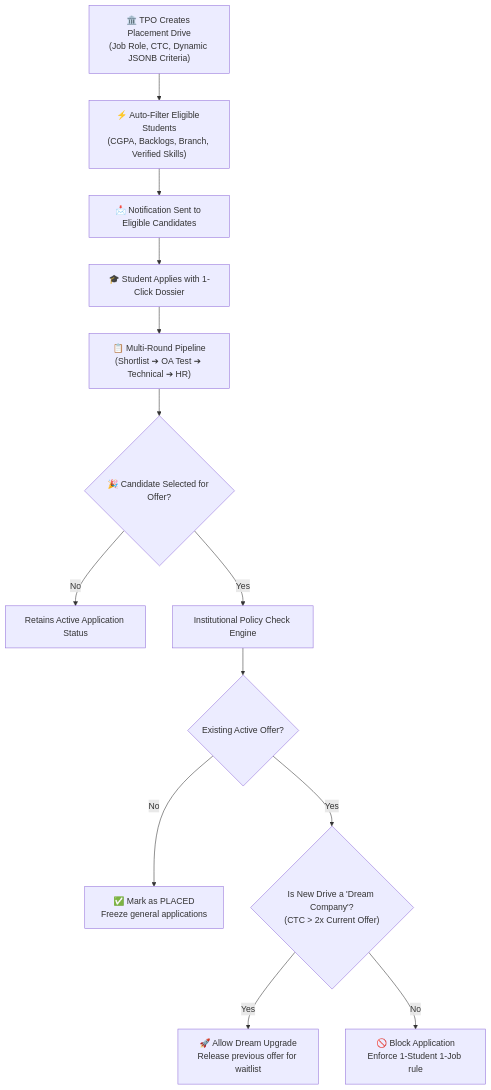
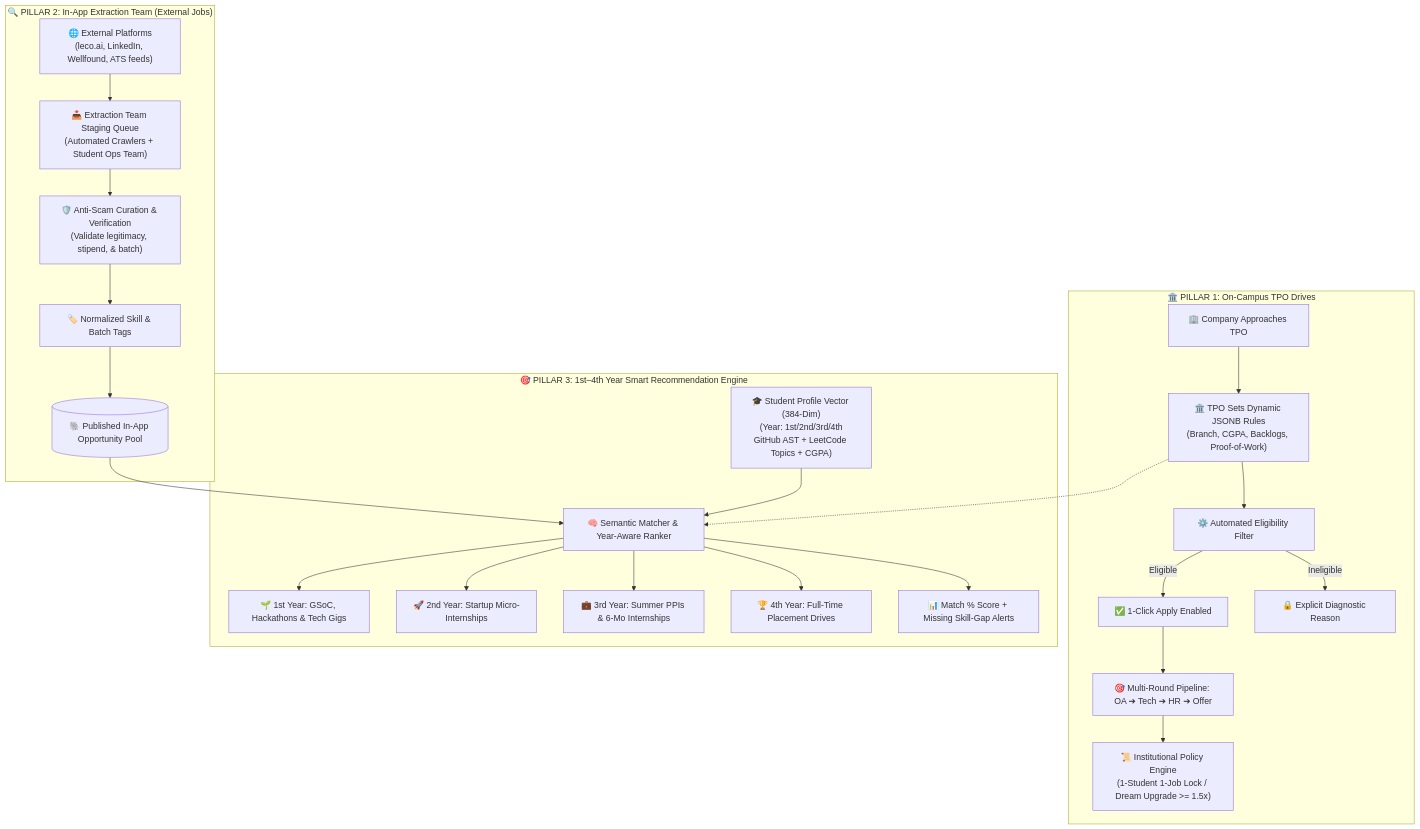
Before and after one commit to ARPITPRAJAPATI/Only_jobs: the third of 4 diagrams in README.md, drawn with Mermaid. The commit also changed other lines of this file and 3 other files, not shown here.

Commit message:
docs: expand superset placement engine into 3 distinct sections (TPO drives, In-App extraction team, and 1st-to-4th-year recommendations)

````diff
--- a/README.md
+++ b/README.md
@@ -112,16 +112,32 @@
 ```mermaid
 flowchart TD
-    A["🏛️ TPO Creates Placement Drive<br/>(Job Role, CTC, Dynamic JSONB Criteria)"] --> B["⚡ Auto-Filter Eligible Students<br/>(CGPA, Backlogs, Branch, Verified Skills)"]
-    B --> C["📩 Notification Sent to Eligible Candidates"]
-    C --> D["🎓 Student Applies with 1-Click Dossier"]
-    D --> E["📋 Multi-Round Pipeline<br/>(Shortlist ➔ OA Test ➔ Technical ➔ HR)"]
-    E --> F{"🎉 Candidate Selected for Offer?"}
-    F -- No --> G["Retains Active Application Status"]
-    F -- Yes --> H["Institutional Policy Check Engine"]
-    
-    H --> I{"Existing Active Offer?"}
-    I -- No --> J["✅ Mark as PLACED<br/>Freeze general applications"]
-    I -- Yes --> K{"Is New Drive a 'Dream Company'?<br/>(CTC > 2x Current Offer)"}
-    K -- Yes --> L["🚀 Allow Dream Upgrade<br/>Release previous offer for waitlist"]
-    K -- No --> M["🚫 Block Application<br/>Enforce 1-Student 1-Job rule"]
+    subgraph P1["🏛️ PILLAR 1: On-Campus TPO Drives"]
+        A1["🏢 Company Approaches TPO"] --> A2["🏛️ TPO Sets Dynamic JSONB Rules<br/>(Branch, CGPA, Backlogs, Proof-of-Work)"]
+        A2 --> A3["⚙️ Automated Eligibility Filter"]
+        A3 -->|Eligible| A4["✅ 1-Click Apply Enabled"]
+        A3 -->|Ineligible| A5["🔒 Explicit Diagnostic Reason"]
+        A4 --> A6["🎯 Multi-Round Pipeline: OA ➔ Tech ➔ HR ➔ Offer"]
+        A6 --> A7["📜 Institutional Policy Engine<br/>(1-Student 1-Job Lock / Dream Upgrade >= 1.5x)"]
+    end
+
+    subgraph P2["🔍 PILLAR 2: In-App Extraction Team (External Jobs)"]
+        B1["🌐 External Platforms<br/>(leco.ai, LinkedIn, Wellfound, ATS feeds)"] --> B2["📥 Extraction Team Staging Queue<br/>(Automated Crawlers + Student Ops Team)"]
+        B2 --> B3["🛡️ Anti-Scam Curation & Verification<br/>(Validate legitimacy, stipend, & batch)"]
+        B3 --> B4["🏷️ Normalized Skill & Batch Tags"]
+        B4 --> B5[("🐘 Published In-App Opportunity Pool")]
+    end
+
+    subgraph P3["🎯 PILLAR 3: 1st–4th Year Smart Recommendation Engine"]
+        C1["🎓 Student Profile Vector (384-Dim)<br/>(Year: 1st/2nd/3rd/4th<br/>GitHub AST + LeetCode Topics + CGPA)"]
+        
+        B5 --> D_REC["🧠 Semantic Matcher & Year-Aware Ranker"]
+        A2 -.-> D_REC
+        C1 --> D_REC
+
+        D_REC --> E1["🌱 1st Year: GSoC, Hackathons & Tech Gigs"]
+        D_REC --> E2["🚀 2nd Year: Startup Micro-Internships"]
+        D_REC --> E3["💼 3rd Year: Summer PPIs & 6-Mo Internships"]
+        D_REC --> E4["🏆 4th Year: Full-Time Placement Drives"]
+        D_REC --> E5["📊 Match % Score + Missing Skill-Gap Alerts"]
+    end
 ```
````
